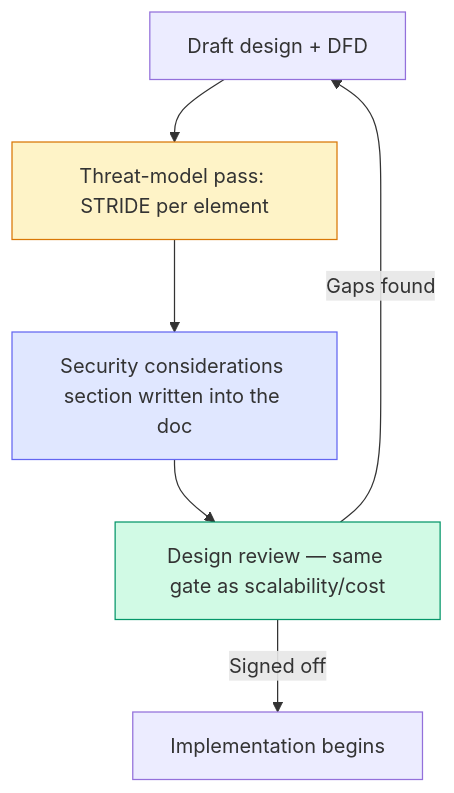
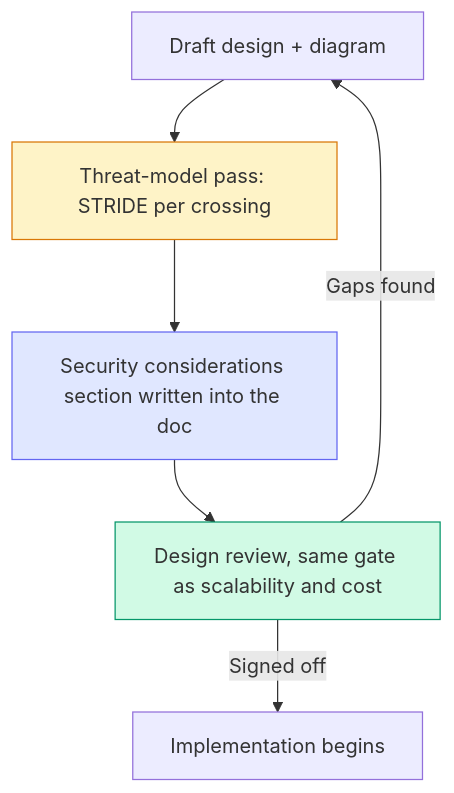
Before and after one commit to francoandreDev/knowledge: the second of 2 diagrams in src/content/security/secure-by-design/L2-concept.mdx, drawn with Mermaid. The commit also changed other lines of this file and 3 other files, not shown here.

Commit message:
Migrate security/secure-by-design to the three-tier exercise model

````diff
--- a/src/content/security/secure-by-design/L2-concept.mdx
+++ b/src/content/security/secure-by-design/L2-concept.mdx
@@ -119,12 +117,12 @@
 ```mermaid
 flowchart TD
-  Draft[Draft design + DFD] --> Threat[Threat-model pass: STRIDE per element]
+  Draft[Draft design + diagram] --> Threat[Threat-model pass: STRIDE per crossing]
   Threat --> Section["Security considerations" section written into the doc]
-  Section --> Review[Design review — same gate as scalability/cost]
+  Section --> Review[Design review, same gate as scalability and cost]
   Review -->|Gaps found| Draft
   Review -->|Signed off| Build[Implementation begins]
 
   style Threat fill:#fef3c7,stroke:#d97706
   style Section fill:#e0e7ff,stroke:#6366f1
   style Review fill:#d1fae5,stroke:#059669
 ```
````
